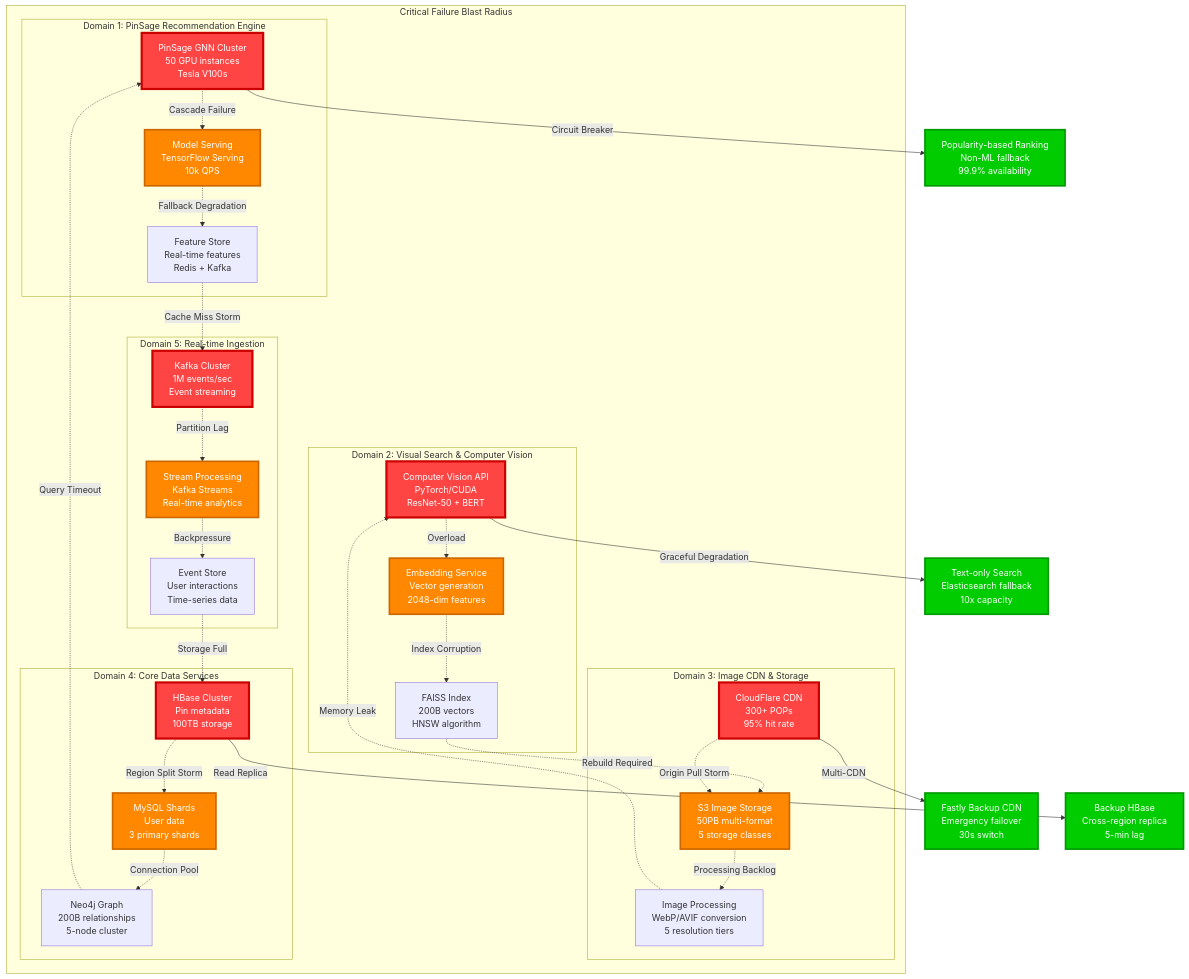
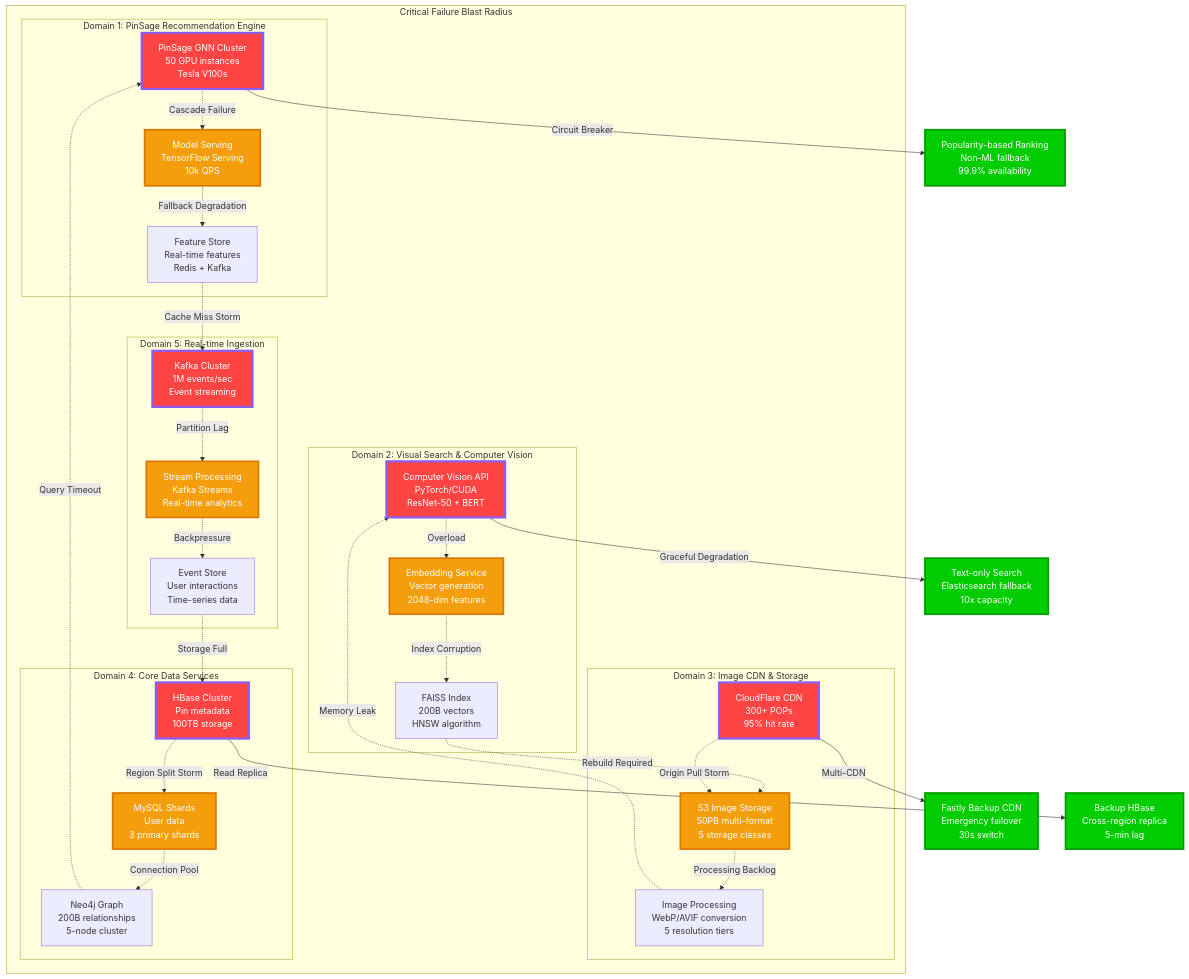
Before and after one commit to deepaucksharma/DS: the diagram in site/docs/systems/pinterest/04-failure-domains.md, drawn with Mermaid. The commit also changed 187 other files, not shown here.

````diff
--- a/site/docs/systems/pinterest/04-failure-domains.md
+++ b/site/docs/systems/pinterest/04-failure-domains.md
@@ -7,70 +7,70 @@
 ```mermaid
 graph TB
     subgraph "Critical Failure Blast Radius"
         subgraph "Domain 1: PinSage Recommendation Engine"
             PINSAGE[PinSage GNN Cluster<br/>50 GPU instances<br/>Tesla V100s]
             MODEL_SERVE[Model Serving<br/>TensorFlow Serving<br/>10k QPS]
             FEATURE_STORE[Feature Store<br/>Real-time features<br/>Redis + Kafka]
         end
 
         subgraph "Domain 2: Visual Search & Computer Vision"
             CV_API[Computer Vision API<br/>PyTorch/CUDA<br/>ResNet-50 + BERT]
             EMBEDDING[Embedding Service<br/>Vector generation<br/>2048-dim features]
             FAISS[FAISS Index<br/>200B vectors<br/>HNSW algorithm]
         end
 
         subgraph "Domain 3: Image CDN & Storage"
             CLOUDFLARE[CloudFlare CDN<br/>300+ POPs<br/>95% hit rate]
             S3_IMAGES[S3 Image Storage<br/>50PB multi-format<br/>5 storage classes]
             IMAGE_PROC[Image Processing<br/>WebP/AVIF conversion<br/>5 resolution tiers]
         end
 
         subgraph "Domain 4: Core Data Services"
             HBASE_CLUSTER[HBase Cluster<br/>Pin metadata<br/>100TB storage]
             MYSQL_SHARD[MySQL Shards<br/>User data<br/>3 primary shards]
             GRAPH_DB[Neo4j Graph<br/>200B relationships<br/>5-node cluster]
         end
 
         subgraph "Domain 5: Real-time Ingestion"
             KAFKA_CLUSTER[Kafka Cluster<br/>1M events/sec<br/>Event streaming]
             STREAM_PROC[Stream Processing<br/>Kafka Streams<br/>Real-time analytics]
             EVENT_STORE[Event Store<br/>User interactions<br/>Time-series data]
         end
     end
 
     %% Failure cascades and dependencies
     PINSAGE -.->|Cascade Failure| MODEL_SERVE
     MODEL_SERVE -.->|Fallback Degradation| FEATURE_STORE
     FEATURE_STORE -.->|Cache Miss Storm| KAFKA_CLUSTER
 
     CV_API -.->|Overload| EMBEDDING
     EMBEDDING -.->|Index Corruption| FAISS
     FAISS -.->|Rebuild Required| S3_IMAGES
 
     CLOUDFLARE -.->|Origin Pull Storm| S3_IMAGES
     S3_IMAGES -.->|Processing Backlog| IMAGE_PROC
     IMAGE_PROC -.->|Memory Leak| CV_API
 
     HBASE_CLUSTER -.->|Region Split Storm| MYSQL_SHARD
     MYSQL_SHARD -.->|Connection Pool| GRAPH_DB
     GRAPH_DB -.->|Query Timeout| PINSAGE
 
     KAFKA_CLUSTER -.->|Partition Lag| STREAM_PROC
     STREAM_PROC -.->|Backpressure| EVENT_STORE
     EVENT_STORE -.->|Storage Full| HBASE_CLUSTER
 
     %% Recovery mechanisms
     PINSAGE -->|Circuit Breaker| POPULARITY_FALLBACK[Popularity-based Ranking<br/>Non-ML fallback<br/>99.9% availability]
     CV_API -->|Graceful Degradation| TEXT_SEARCH[Text-only Search<br/>Elasticsearch fallback<br/>10x capacity]
     CLOUDFLARE -->|Multi-CDN| FASTLY_BACKUP[Fastly Backup CDN<br/>Emergency failover<br/>30s switch]
     HBASE_CLUSTER -->|Read Replica| BACKUP_CLUSTER[Backup HBase<br/>Cross-region replica<br/>5-min lag]
 
     %% Apply failure domain colors
-    classDef criticalFailure fill:#FF4444,stroke:#CC0000,color:#fff,stroke-width:4px
-    classDef cascadeRisk fill:#FF8800,stroke:#CC6600,color:#fff,stroke-width:3px
+    classDef criticalFailure fill:#FF4444,stroke:#8B5CF6,color:#fff,stroke-width:4px
+    classDef cascadeRisk fill:#F59E0B,stroke:#D97706,color:#fff,stroke-width:3px
     classDef recoveryMech fill:#00CC00,stroke:#009900,color:#fff,stroke-width:3px
 
     class PINSAGE,CV_API,CLOUDFLARE,HBASE_CLUSTER,KAFKA_CLUSTER criticalFailure
     class MODEL_SERVE,EMBEDDING,S3_IMAGES,MYSQL_SHARD,STREAM_PROC cascadeRisk
     class POPULARITY_FALLBACK,TEXT_SEARCH,FASTLY_BACKUP,BACKUP_CLUSTER recoveryMech
 ```
````
